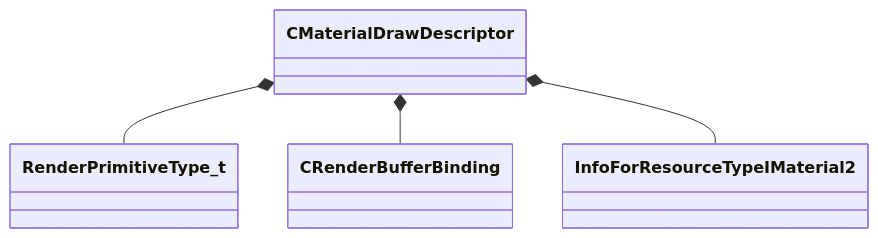
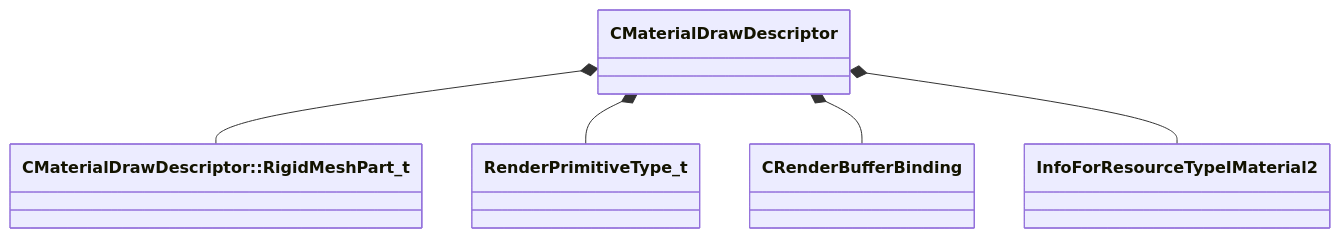
The diagram in docs/generated/schemas/modellib/CMaterialDrawDescriptor.md (CS2OpenDev/CS2OpenDev-Docs), drawn with Mermaid before and after one commit. The commit also changed other lines of this file and 4525 other files, not shown here.

````diff
--- a/docs/generated/schemas/modellib/CMaterialDrawDescriptor.md
+++ b/docs/generated/schemas/modellib/CMaterialDrawDescriptor.md
@@ -15,6 +17,7 @@
 ```mermaid
 classDiagram
+    CMaterialDrawDescriptor *-- `CMaterialDrawDescriptor::RigidMeshPart_t`
     CMaterialDrawDescriptor *-- RenderPrimitiveType_t
     CMaterialDrawDescriptor *-- CRenderBufferBinding
     CMaterialDrawDescriptor *-- InfoForResourceTypeIMaterial2
 ```
````
